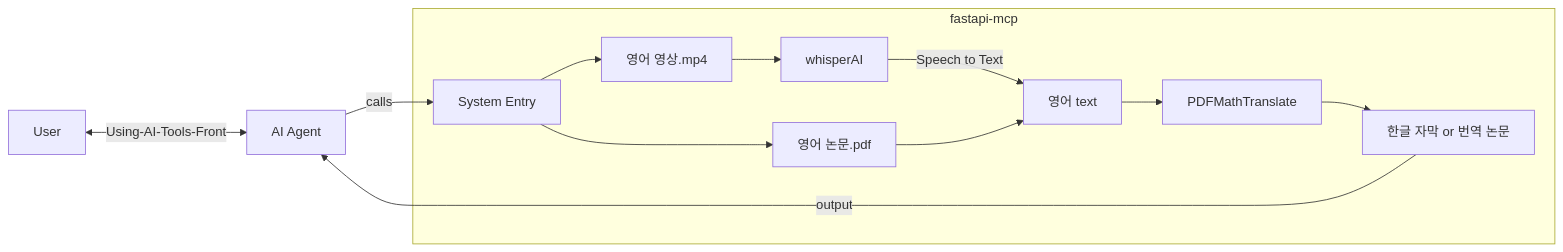
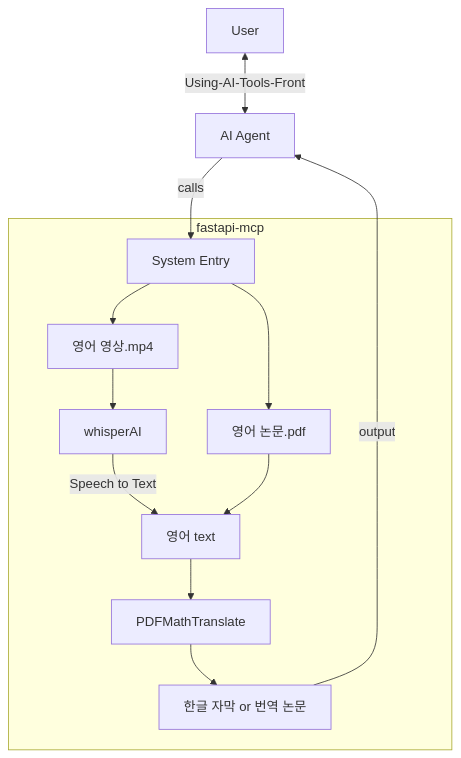
Before and after one commit to daehyun99/Using-AI-Tools-Back: the diagram in README.md, drawn with Mermaid.

````diff
--- a/README.md
+++ b/README.md
@@ -19,17 +19,17 @@
 ```mermaid
-graph LR
+graph TD
     User[User] <-->|Using-AI-Tools-Front| AI_Agent[AI Agent]
     AI_Agent[AI Agent] -->|calls| ENTRY[System Entry]
 
     subgraph fastapi-mcp
         ENTRY --> 음성[영어 영상.mp4]
         ENTRY --> 텍스트[영어 논문.pdf]
         음성 --> whisperAI[whisperAI]
         whisperAI -->|Speech to Text| 영어텍스트[영어 text]
         텍스트 --> 영어텍스트
         영어텍스트 --> PDFMathTranslate
         PDFMathTranslate --> 한글텍스트[한글 자막 or 번역 논문]
     end
 
     한글텍스트 -->|output| AI_Agent
 ```
````
